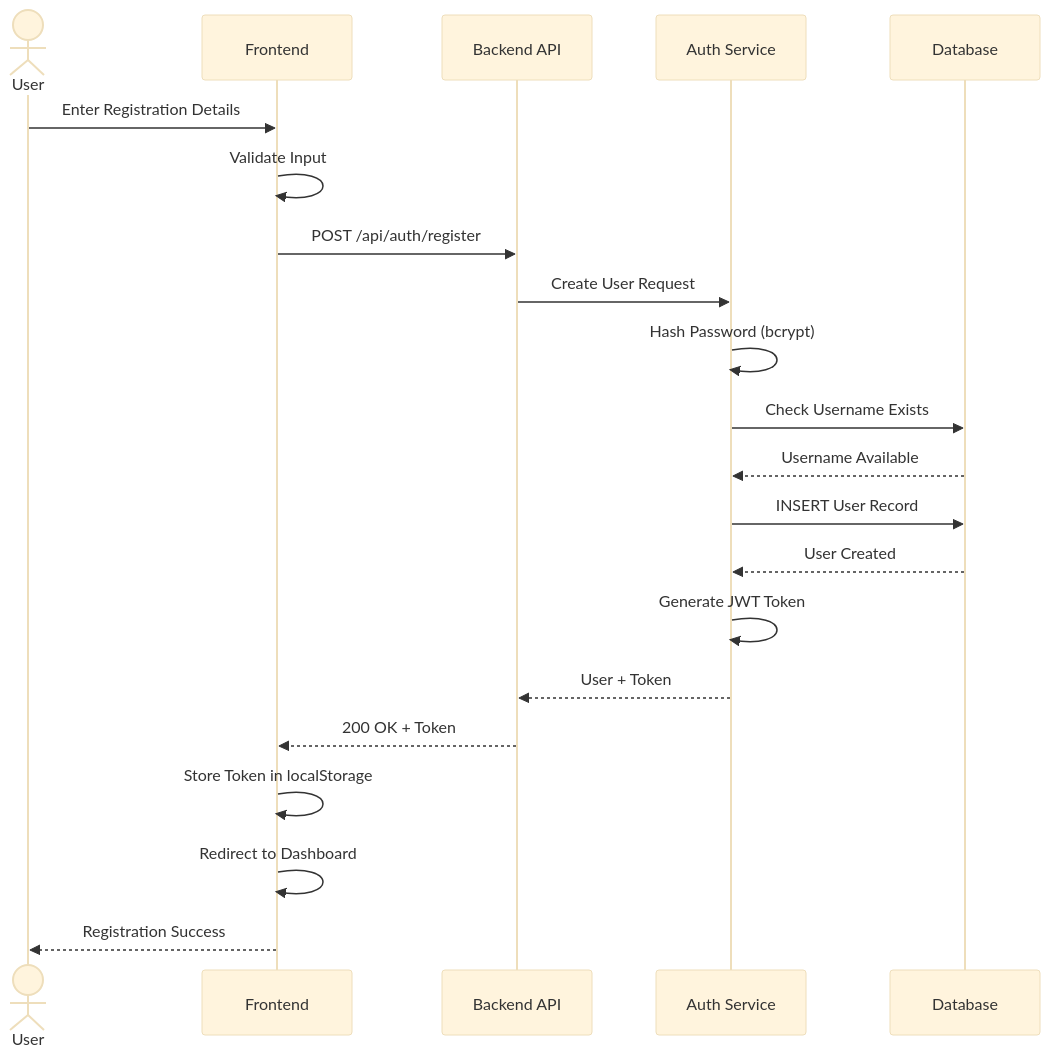
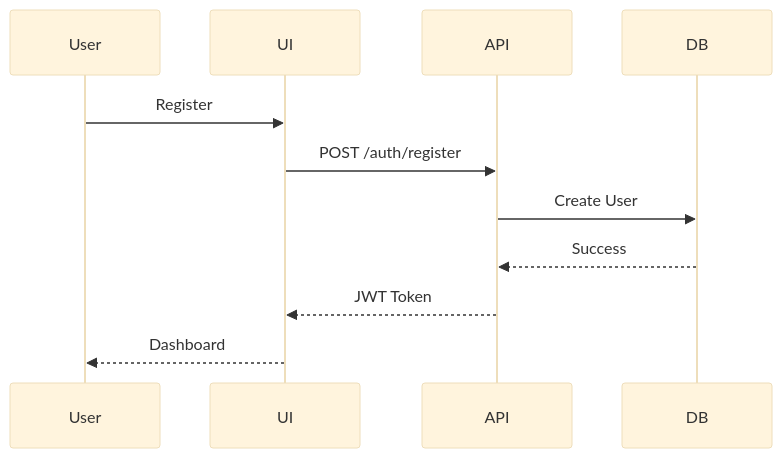
Diagram 11 of 14 in README.md (Arshi9214/News-Aggregator-and-Analysis), drawn with Mermaid (base theme) before and after one commit. The commit also changed other lines of this file, not shown here.

````diff
--- a/README.md
+++ b/README.md
@@ -628,24 +355,9 @@
 ```mermaid
 sequenceDiagram
-    actor User
-    participant UI as Frontend
-    participant API as Backend API
-    participant Auth as Auth Service
-    participant DB as Database
-    
-    User->>UI: Enter Registration Details
-    UI->>UI: Validate Input
-    UI->>API: POST /api/auth/register
-    API->>Auth: Create User Request
-    Auth->>Auth: Hash Password (bcrypt)
-    Auth->>DB: Check Username Exists
-    DB-->>Auth: Username Available
-    Auth->>DB: INSERT User Record
-    DB-->>Auth: User Created
-    Auth->>Auth: Generate JWT Token
-    Auth-->>API: User + Token
-    API-->>UI: 200 OK + Token
-    UI->>UI: Store Token in localStorage
-    UI->>UI: Redirect to Dashboard
-    UI-->>User: Registration Success
+    User->>UI: Register
+    UI->>API: POST /auth/register
+    API->>DB: Create User
+    DB-->>API: Success
+    API-->>UI: JWT Token
+    UI-->>User: Dashboard
 ```
````
